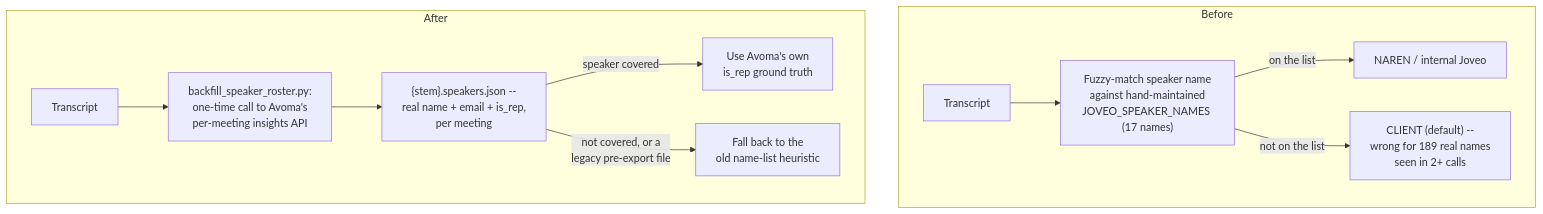
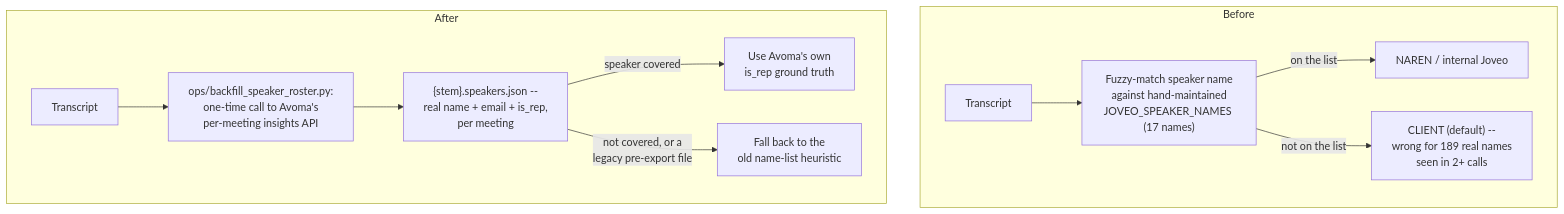
The sixth of 10 diagrams in Brain/PROBLEMS_AND_FIXES.md (harshilbhanushali-rgb/Agentic-Learning), drawn with Mermaid before and after one commit. The commit also changed other lines of this file and 2 other files, not shown here.

````diff
--- a/Brain/PROBLEMS_AND_FIXES.md
+++ b/Brain/PROBLEMS_AND_FIXES.md
@@ -365,14 +366,14 @@
 ```mermaid
 flowchart TD
     subgraph OLD["Before"]
         T1[Transcript] --> NAMELIST["Fuzzy-match speaker name\nagainst hand-maintained\nJOVEO_SPEAKER_NAMES (17 names)"]
         NAMELIST -->|on the list| INTERNAL1[NAREN / internal Joveo]
         NAMELIST -->|not on the list| CLIENT1["CLIENT (default) --\nwrong for 189 real names\nseen in 2+ calls"]
     end
     subgraph NEW["After"]
-        T2[Transcript] --> BACKFILL["backfill_speaker_roster.py:\none-time call to Avoma's\nper-meeting insights API"]
+        T2[Transcript] --> BACKFILL["ops/backfill_speaker_roster.py:\none-time call to Avoma's\nper-meeting insights API"]
         BACKFILL --> SIDECAR["{stem}.speakers.json --\nreal name + email + is_rep,\nper meeting"]
         SIDECAR -->|speaker covered| REAL["Use Avoma's own\nis_rep ground truth"]
         SIDECAR -->|not covered, or a\nlegacy pre-export file| NAMELIST2["Fall back to the\nold name-list heuristic"]
     end
 ```
````
